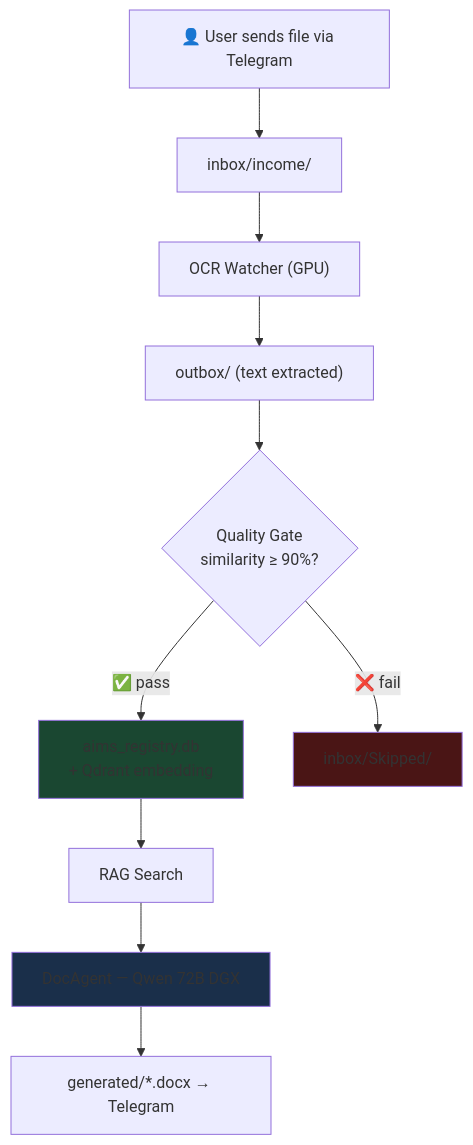
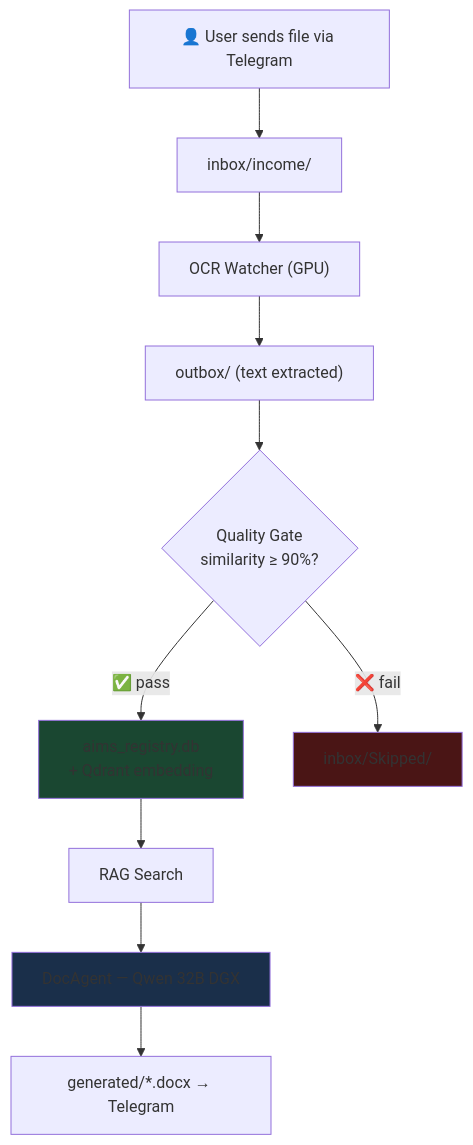
The tenth of 12 diagrams in README.md (AxiOMSphereAssistanceAIMS/AxiOMSphere), drawn with Mermaid before and after one commit. The commit also changed other lines of this file, not shown here.

````diff
--- a/README.md
+++ b/README.md
@@ -530,15 +530,15 @@
 ```mermaid
 flowchart TD
     A["👤 User sends file via Telegram"] --> B["inbox/income/"]
     B --> C["OCR Watcher (GPU)"]
     C --> D["outbox/ (text extracted)"]
     D --> E{"Quality Gate\nsimilarity ≥ 90%?"}
     E -->|"✅ pass"| F["aims_registry.db\n+ Qdrant embedding"]
     E -->|"❌ fail"| G["inbox/Skipped/"]
     F --> H["RAG Search"]
-    H --> I["DocAgent — Qwen 72B DGX"]
+    H --> I["DocAgent — Qwen 32B DGX"]
     I --> J["generated/*.docx → Telegram"]
     style F fill:#1a4731
     style G fill:#4a1515
     style I fill:#1a2f4a
 ```
````
